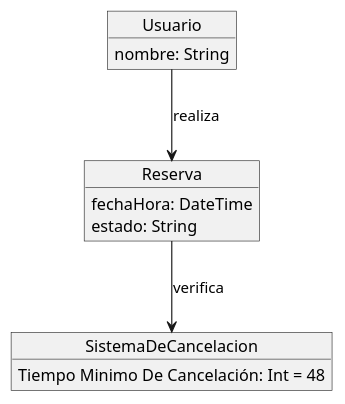
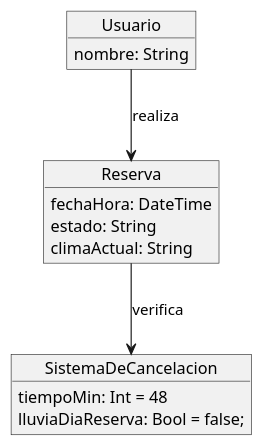
Before and after one commit to pablarce/23-24-IdSw1-SDR: the diagram in CasosDeUso/Procesos/CduCancelarReserva/DiagramaDeObjeto.puml, drawn with PlantUML.

Commit message:
Update DiagramaDeObjeto.puml
Agrego ClimaActual y LluviaDiaReserva

```diff
--- a/CasosDeUso/Procesos/CduCancelarReserva/DiagramaDeObjeto.puml
+++ b/CasosDeUso/Procesos/CduCancelarReserva/DiagramaDeObjeto.puml
@@ -1,17 +1,19 @@
 @startuml
 object Usuario {
   nombre: String
 }
 
 object Reserva {
   fechaHora: DateTime
   estado: String
+  climaActual: String
 }
 
 object SistemaDeCancelacion {
-  Tiempo Minimo De Cancelación: Int = 48
+  tiempoMin: Int = 48
+  lluviaDiaReserva: Bool = false;
 }
 
 Usuario --> Reserva : realiza
 Reserva --> SistemaDeCancelacion : verifica 
 @enduml
```
